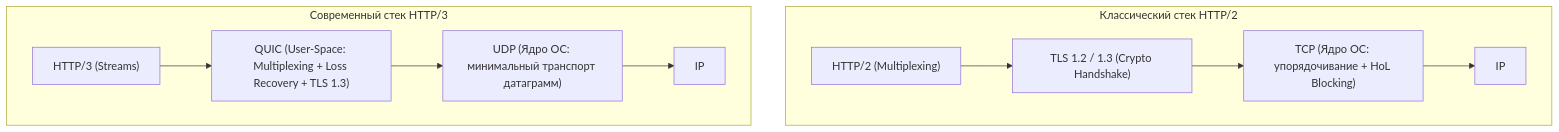
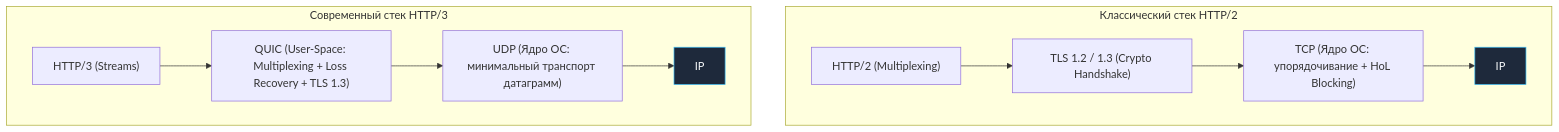
One commit to UnrealTemplier/go-textbook changed the first of 4 diagrams in sources/3. Компьютерные сети и сетевой стек/23. HTTP 3 и QUIC. Почему будущее уходит от TCP.md. Above: the diagram before and after it, drawn with Mermaid. The commit also changed other lines of this file and 1666 other files, not shown here.

First line of the commit message:
feat(mermaid): add semantic color classDef to 1369 colorless flowchart/graph diagrams

````diff
--- a/sources/3. Компьютерные сети и сетевой стек/23. HTTP 3 и QUIC. Почему будущее уходит от TCP.md
+++ b/sources/3. Компьютерные сети и сетевой стек/23. HTTP 3 и QUIC. Почему будущее уходит от TCP.md
@@ -12,18 +12,28 @@
 ```mermaid
 flowchart TD
+    classDef process  fill:#1e293b,stroke:#38bdf8,stroke-width:1px,color:#f8fafc
+    classDef success  fill:#064e3b,stroke:#34d399,stroke-width:1px,color:#f8fafc
+    classDef error    fill:#7f1d1d,stroke:#f87171,stroke-width:1px,color:#f8fafc
+    classDef warning  fill:#78350f,stroke:#fbbf24,stroke-width:1px,color:#f8fafc
+    classDef entry    fill:#1e3a5f,stroke:#38bdf8,stroke-width:2px,color:#f8fafc
+    classDef aux      fill:#334155,stroke:#64748b,stroke-width:1px,color:#f8fafc
+    classDef system   fill:#312e81,stroke:#a78bfa,stroke-width:1px,color:#f8fafc
+    classDef data     fill:#132d29,stroke:#2dd4bf,stroke-width:1px,color:#f8fafc
+    classDef network  fill:#881337,stroke:#fb7185,stroke-width:1px,color:#f8fafc
+    classDef accent   fill:#1e1b4b,stroke:#818cf8,stroke-width:1px,color:#f8fafc
     subgraph StackH2 ["Классический стек HTTP/2"]
         H2App["HTTP/2 (Multiplexing)"]
         TLS12["TLS 1.2 / 1.3 (Crypto Handshake)"]
         TCPCore["TCP (Ядро ОС: упорядочивание + HoL Blocking)"]
-        IP1["IP"]
+        IP1["IP"]:::process
         H2App --> TLS12 --> TCPCore --> IP1
     end
 
     subgraph StackH3 ["Современный стек HTTP/3"]
         H3App["HTTP/3 (Streams)"]
         QUICLayer["QUIC (User-Space: Multiplexing + Loss Recovery + TLS 1.3)"]
         UDPCore["UDP (Ядро ОС: минимальный транспорт датаграмм)"]
-        IP2["IP"]
+        IP2["IP"]:::process
         H3App --> QUICLayer --> UDPCore --> IP2
     end
 ```
````
